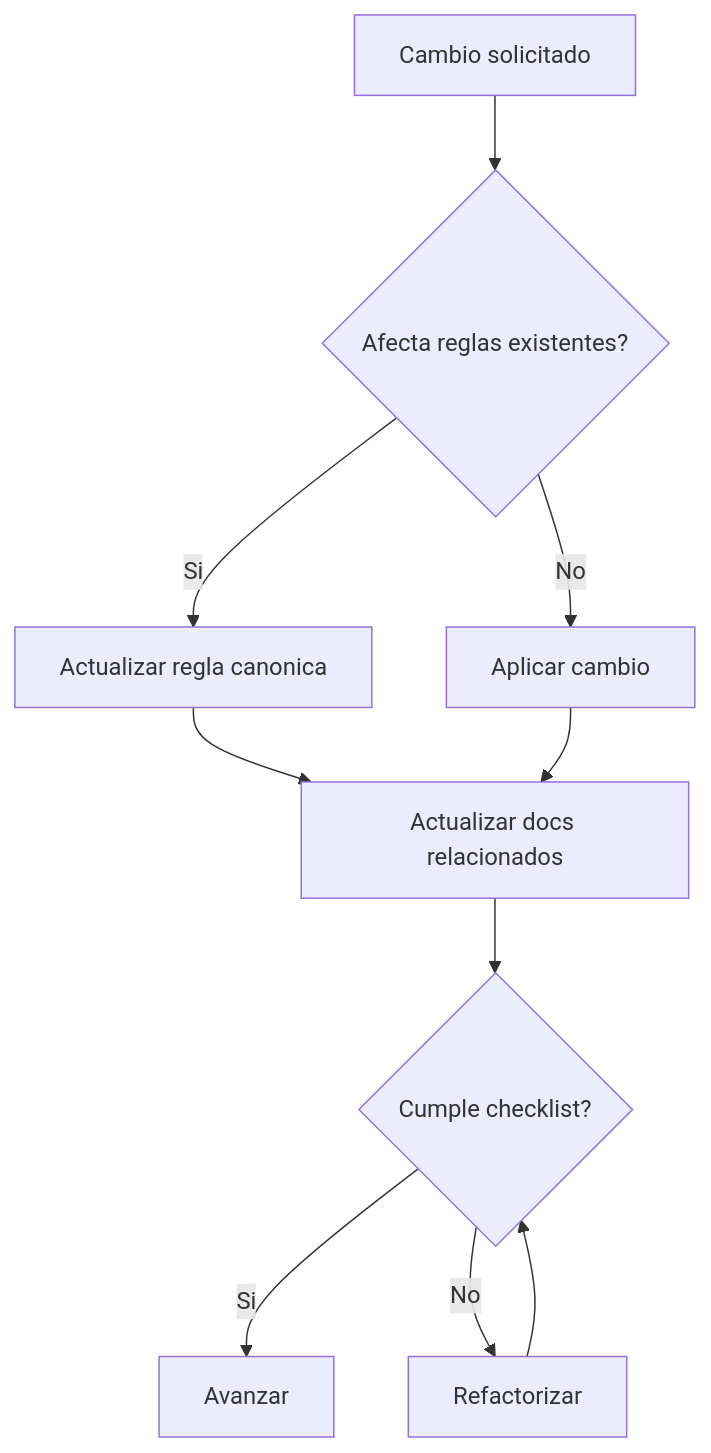
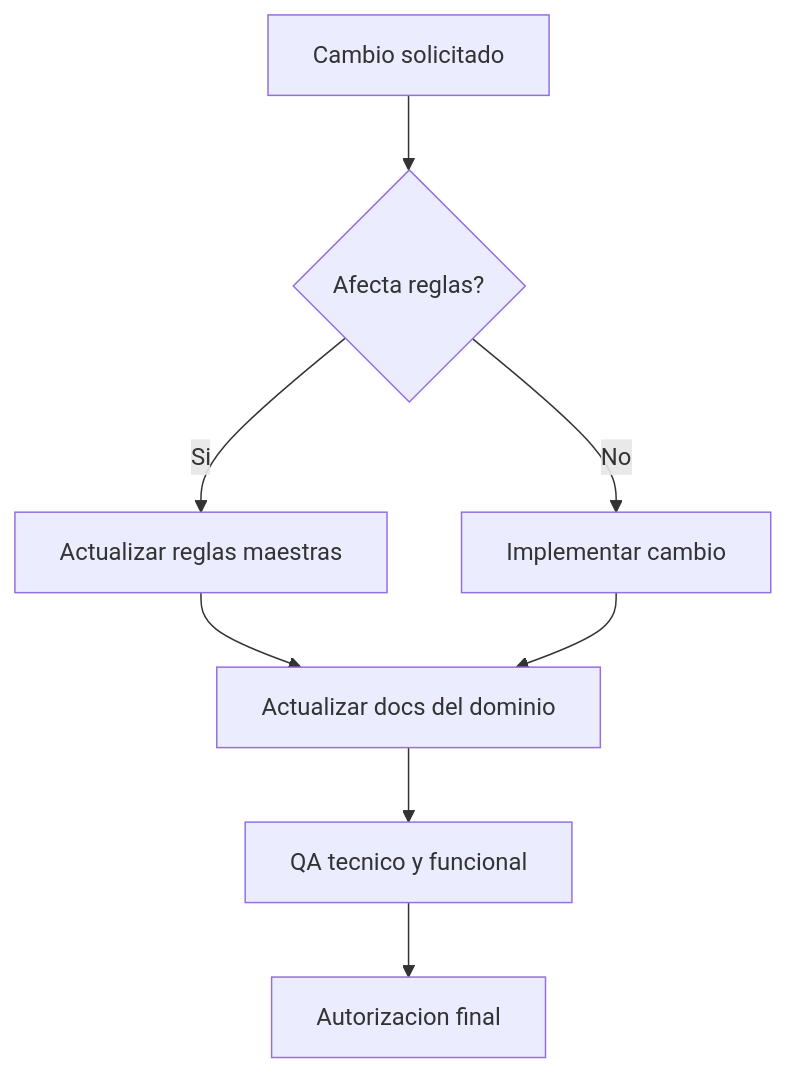
Before and after one commit to Robertoart13/NewKipital: the diagram in docs/03-reglas/REGLAS-MAESTRAS-CANONICAS.md, drawn with Mermaid. The commit also changed other lines of this file and 119 other files, not shown here.

````diff
--- a/docs/03-reglas/REGLAS-MAESTRAS-CANONICAS.md
+++ b/docs/03-reglas/REGLAS-MAESTRAS-CANONICAS.md
@@ -17,12 +24,10 @@
 ```mermaid
 flowchart TD
-  A[Cambio solicitado] --> B{Afecta reglas existentes?}
-  B -- Si --> C[Actualizar regla canonica]
-  B -- No --> D[Aplicar cambio]
-  C --> E[Actualizar docs relacionados]
+  A[Cambio solicitado] --> B{Afecta reglas?}
+  B -- Si --> C[Actualizar reglas maestras]
+  B -- No --> D[Implementar cambio]
+  C --> E[Actualizar docs del dominio]
   D --> E
-  E --> F{Cumple checklist?}
-  F -- Si --> G[Avanzar]
-  F -- No --> H[Refactorizar]
-  H --> F
+  E --> F[QA tecnico y funcional]
+  F --> G[Autorizacion final]
 ```
````
